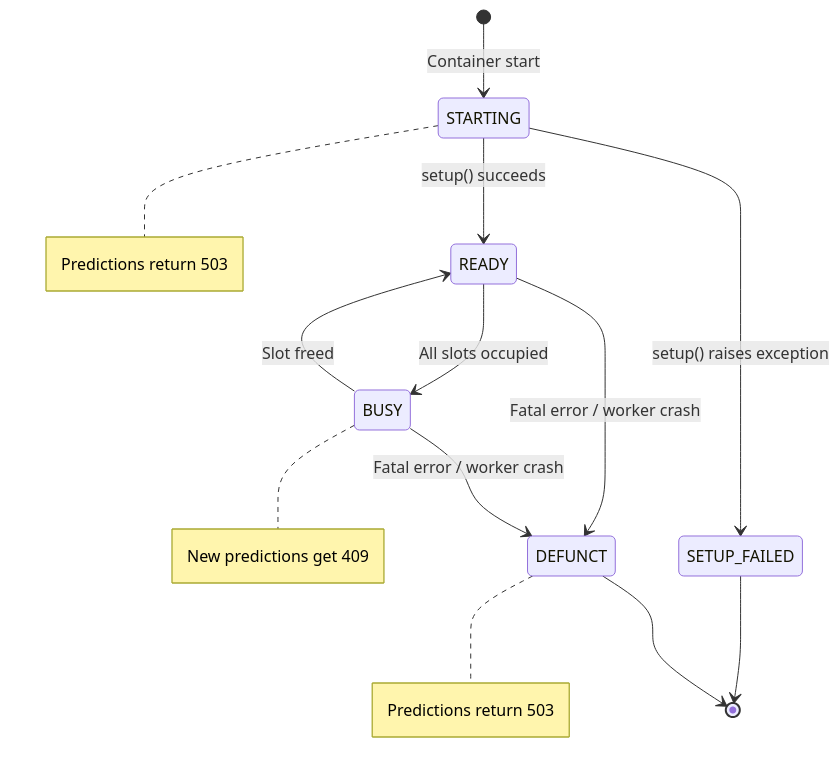
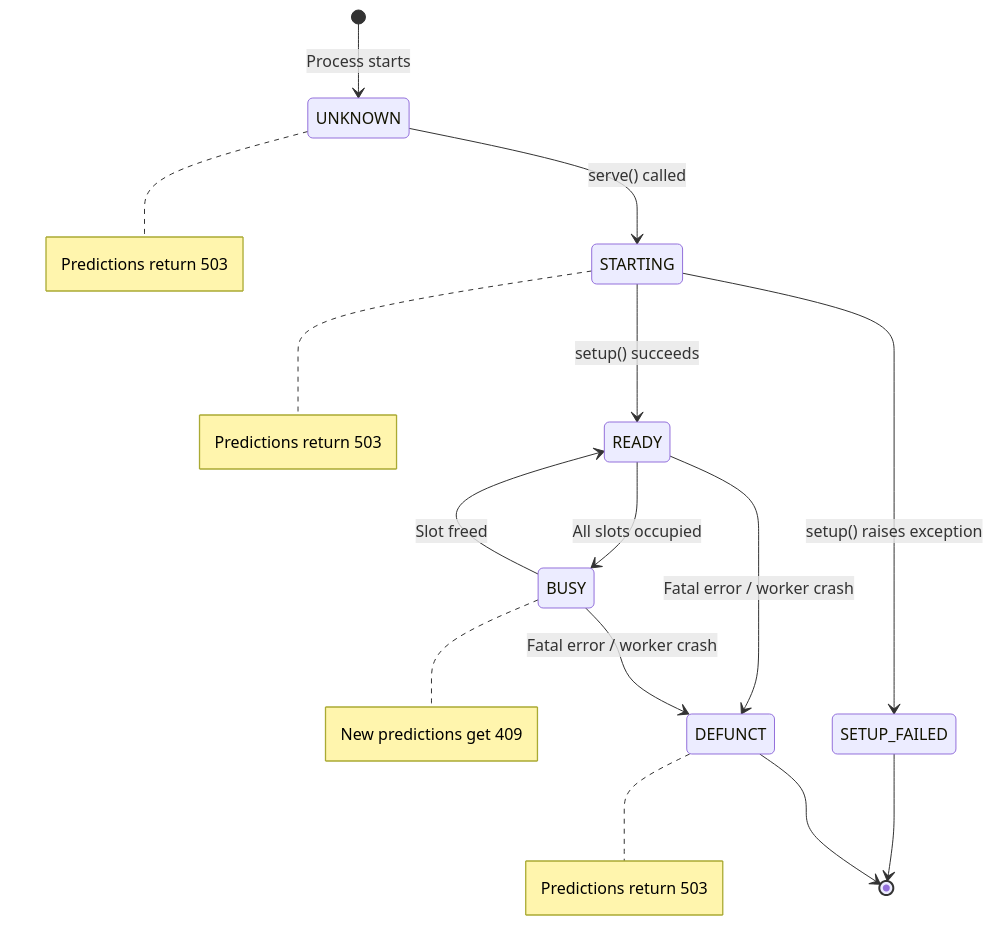
Before and after one commit to replicate/cog: the first of 4 diagrams in architecture/04-container-runtime.md, drawn with Mermaid. The commit also changed other lines of this file and 4 other files, not shown here.

First line of the commit message:
docs(architecture): fix health states, complete IPC protocol, document missing features

````diff
--- a/architecture/04-container-runtime.md
+++ b/architecture/04-container-runtime.md
@@ -139,20 +169,23 @@
 ```mermaid
 stateDiagram-v2
-    [*] --> STARTING: Container start
+    [*] --> UNKNOWN: Process starts
+    note right of UNKNOWN: Predictions return 503
+    
+    UNKNOWN --> STARTING: serve() called
     note right of STARTING: Predictions return 503
     
     STARTING --> READY: setup() succeeds
     STARTING --> SETUP_FAILED: setup() raises exception
     
     READY --> BUSY: All slots occupied
     note right of BUSY: New predictions get 409
     
     BUSY --> READY: Slot freed
     
     READY --> DEFUNCT: Fatal error / worker crash
     BUSY --> DEFUNCT: Fatal error / worker crash
     note right of DEFUNCT: Predictions return 503
     
     SETUP_FAILED --> [*]
     DEFUNCT --> [*]
 ```
````
